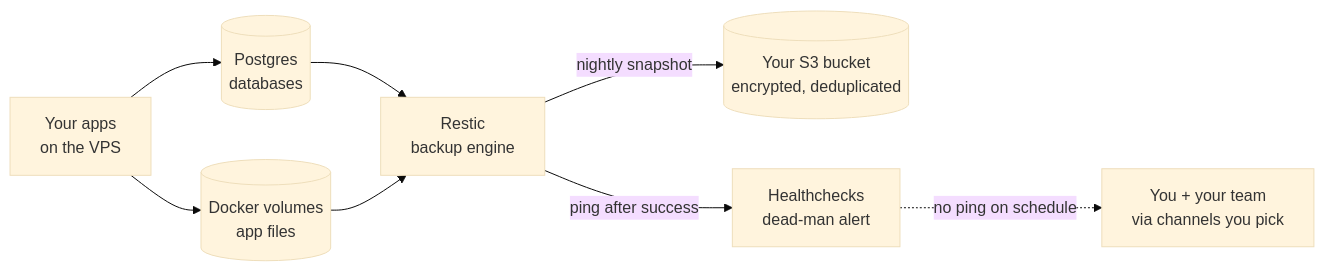
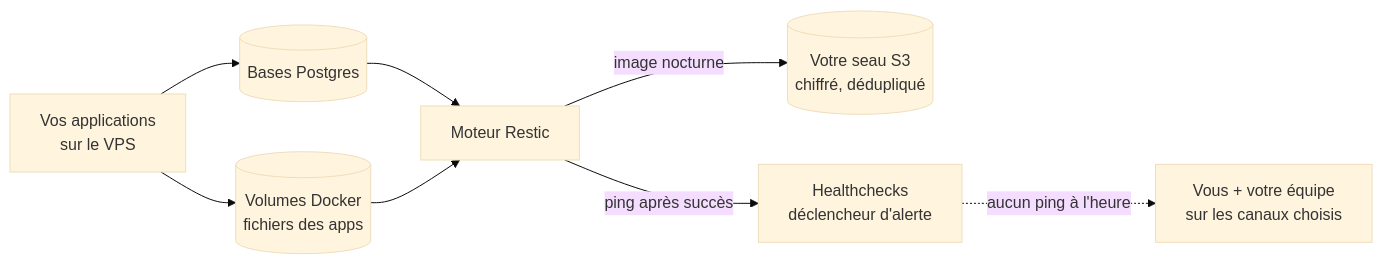
Before and after one commit to catenahq/docs: the second of 2 diagrams in src/content/docs/how-this-stack-works.md, drawn with Mermaid (base theme). The commit also changed other lines of this file and 104 other files, not shown here.

````diff
--- a/src/content/docs/how-this-stack-works.md
+++ b/src/content/docs/how-this-stack-works.md
@@ -70,18 +72,18 @@
 ```mermaid
 flowchart LR
-    APPS[Your apps<br/>on the VPS]
-    PG[(Postgres<br/>databases)]
-    VOL[(Docker volumes<br/>app files)]
-    RESTIC[Restic<br/>backup engine]
-    S3[(Your S3 bucket<br/>encrypted, deduplicated)]
-    HC[Healthchecks<br/>dead-man alert]
-    YOU[You + your team<br/>via channels you pick]
+    APPS[Vos applications<br/>sur le VPS]
+    PG[(Bases Postgres)]
+    VOL[(Volumes Docker<br/>fichiers des apps)]
+    RESTIC[Moteur Restic]
+    S3[(Votre seau S3<br/>chiffré, dédupliqué)]
+    HC[Healthchecks<br/>déclencheur d'alerte]
+    YOU[Vous + votre équipe<br/>sur les canaux choisis]
 
     APPS --> PG
     APPS --> VOL
     PG --> RESTIC
     VOL --> RESTIC
-    RESTIC -->|nightly snapshot| S3
-    RESTIC -->|ping after success| HC
-    HC -.->|no ping on schedule| YOU
+    RESTIC -->|image nocturne| S3
+    RESTIC -->|ping après succès| HC
+    HC -.->|aucun ping à l'heure| YOU
 ```
````
